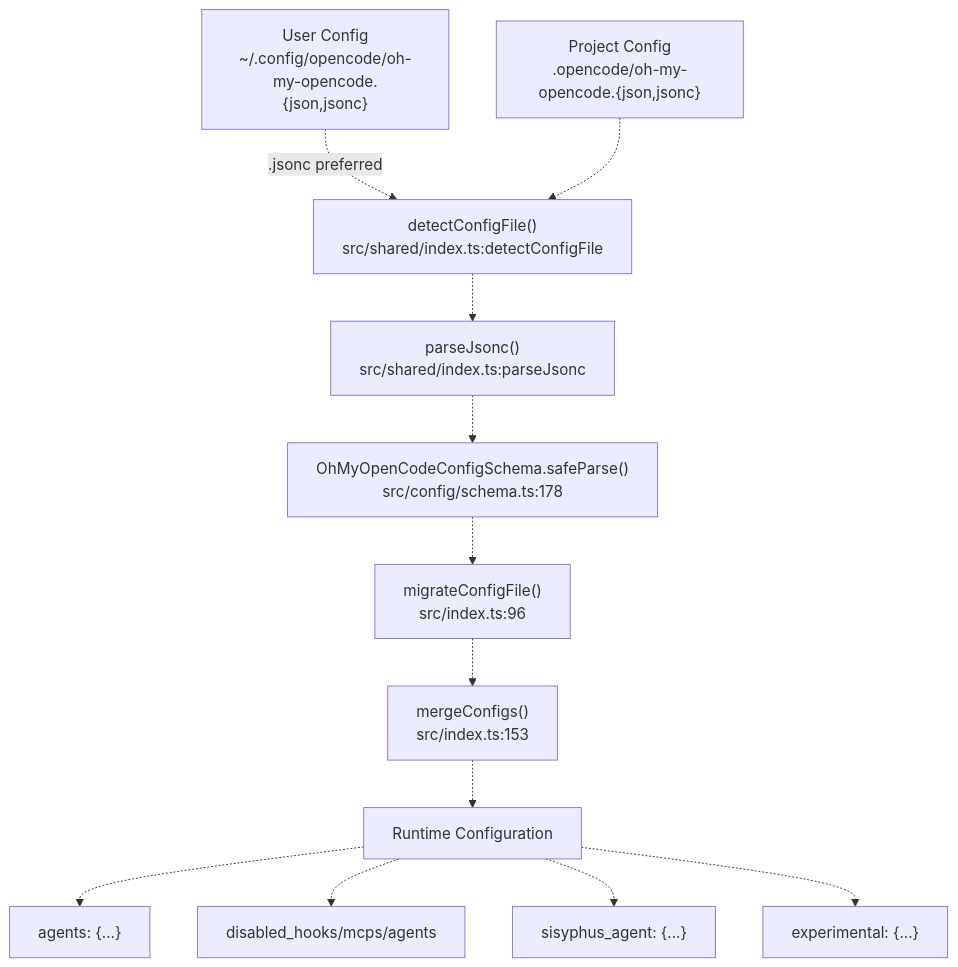
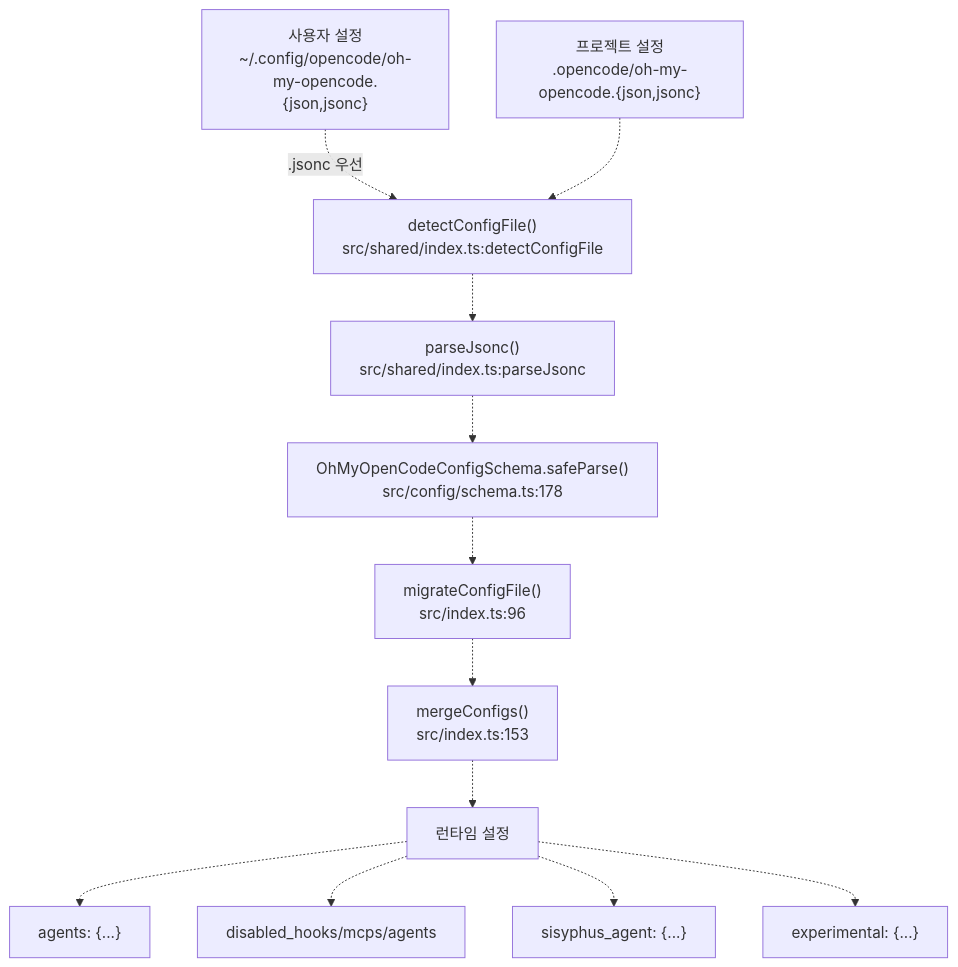
The eighth of 14 diagrams in docs/index.md (felipetruman/oh-my-opencode-docs), drawn with Mermaid before and after one commit. The commit also changed other lines of this file and 76 other files, not shown here.

````diff
--- a/docs/index.md
+++ b/docs/index.md
@@ -445,28 +428,28 @@
 ```mermaid
 flowchart TD
 
-User["User Config<br>~/.config/opencode/oh-my-opencode.{json,jsonc}"]
-Project["Project Config<br>.opencode/oh-my-opencode.{json,jsonc}"]
+User["사용자 설정<br>~/.config/opencode/oh-my-opencode.{json,jsonc}"]
+Project["프로젝트 설정<br>.opencode/oh-my-opencode.{json,jsonc}"]
 Detect["detectConfigFile()<br>src/shared/index.ts:detectConfigFile"]
 Parse["parseJsonc()<br>src/shared/index.ts:parseJsonc"]
 Validate["OhMyOpenCodeConfigSchema.safeParse()<br>src/config/schema.ts:178"]
 Migrate["migrateConfigFile()<br>src/index.ts:96"]
 Merge["mergeConfigs()<br>src/index.ts:153"]
-Runtime["Runtime Configuration"]
+Runtime["런타임 설정"]
 AgentOverrides["agents: {...}"]
 DisabledToggles["disabled_hooks/mcps/agents"]
 SisyphusConfig["sisyphus_agent: {...}"]
 ExperimentalFlags["experimental: {...}"]
 
-User -.->|".jsonc preferred"| Detect
+User -.->|".jsonc 우선"| Detect
 Project -.-> Detect
 Detect -.-> Parse
 Parse -.-> Validate
 Validate -.-> Migrate
 Migrate -.-> Merge
 Merge -.-> Runtime
 Runtime -.-> AgentOverrides
 Runtime -.-> DisabledToggles
 Runtime -.-> SisyphusConfig
 Runtime -.-> ExperimentalFlags
 ```
````
